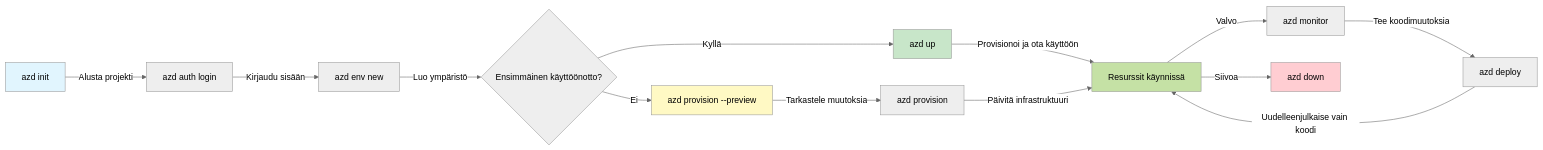
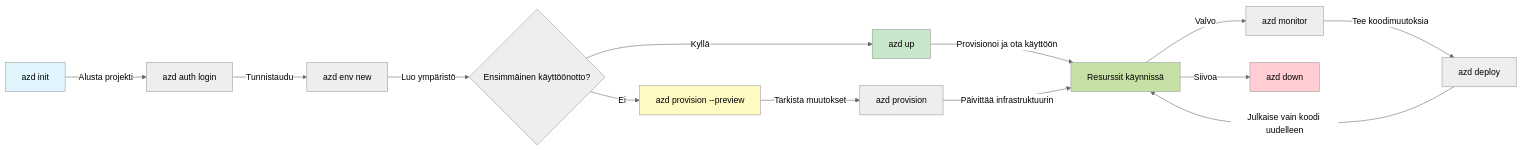
Before and after one commit to microsoft/AZD-for-beginners: the first of 2 diagrams in translations/fi/docs/chapter-01-foundation/azd-basics.md, drawn with Mermaid (neutral theme). The commit also changed other lines of this file and 101 other files, not shown here.

````diff
--- a/translations/fi/docs/chapter-01-foundation/azd-basics.md
+++ b/translations/fi/docs/chapter-01-foundation/azd-basics.md
@@ -254,21 +267,21 @@
 ```mermaid
 graph LR
     A[azd init] -->|Alusta projekti| B[azd auth login]
-    B -->|Kirjaudu sisään| C[azd env new]
+    B -->|Tunnistaudu| C[azd env new]
     C -->|Luo ympäristö| D{Ensimmäinen käyttöönotto?}
     D -->|Kyllä| E[azd up]
     D -->|Ei| F[azd provision --preview]
-    F -->|Tarkastele muutoksia| G[azd provision]
+    F -->|Tarkista muutokset| G[azd provision]
     E -->|Provisionoi ja ota käyttöön| H[Resurssit käynnissä]
-    G -->|Päivitä infrastruktuuri| H
+    G -->|Päivittää infrastruktuurin| H
     H -->|Valvo| I[azd monitor]
     I -->|Tee koodimuutoksia| J[azd deploy]
-    J -->|Uudelleenjulkaise vain koodi| H
+    J -->|Julkaise vain koodi uudelleen| H
     H -->|Siivoa| K[azd down]
     
     style A fill:#e1f5fe
     style E fill:#c8e6c9
     style F fill:#fff9c4
     style H fill:#c5e1a5
     style K fill:#ffcdd2
 ```
````
